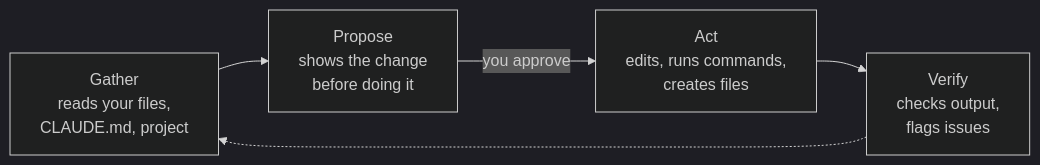
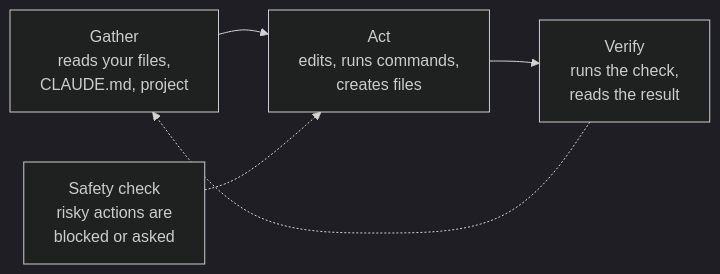
The second of 2 diagrams in README.md (velesnitski/claude-code-quickstart), drawn with Mermaid (dark theme) before and after one commit. The commit also changed other lines of this file and 10 other files, not shown here.

````diff
--- a/README.md
+++ b/README.md
@@ -41,7 +41,7 @@
 ```mermaid
 flowchart LR
-    Gather["Gather<br/>reads your files,<br/>CLAUDE.md, project"] --> Plan["Propose<br/>shows the change<br/>before doing it"]
-    Plan -- "you approve" --> Act["Act<br/>edits, runs commands,<br/>creates files"]
-    Act --> Verify["Verify<br/>checks output,<br/>flags issues"]
+    Gather["Gather<br/>reads your files,<br/>CLAUDE.md, project"] --> Act["Act<br/>edits, runs commands,<br/>creates files"]
+    Act --> Verify["Verify<br/>runs the check,<br/>reads the result"]
     Verify -.-> Gather
+    Guard["Safety check<br/>risky actions are<br/>blocked or asked"] -.-> Act
 ```
````
